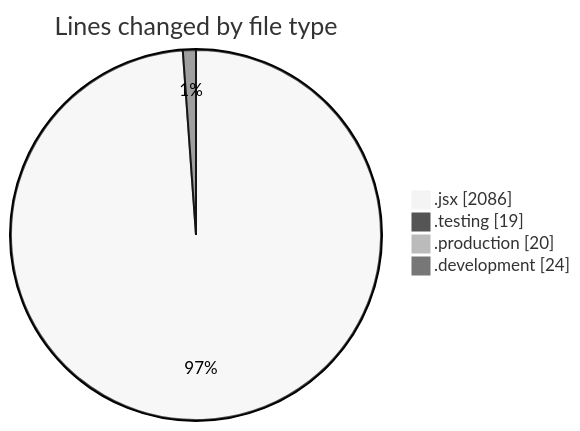
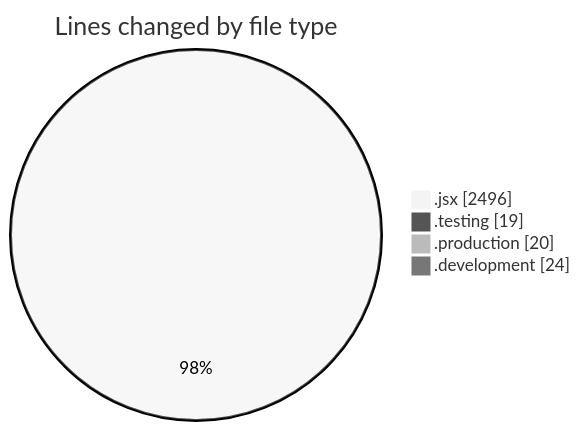
One commit to nxtqubesakshisongat/code-tracking changed the first of 2 diagrams in 2025-06-26/nxtqube_webapp/README.md. Above: the diagram before and after it, drawn with Mermaid (neutral theme). The commit also changed other lines of this file and 1 other file, not shown here.

````diff
--- a/2025-06-26/nxtqube_webapp/README.md
+++ b/2025-06-26/nxtqube_webapp/README.md
@@ -24,8 +25,8 @@
 ```mermaid
 pie showData
 title Lines changed by file type
-".jsx" : 2086
+".jsx" : 2496
 ".testing" : 19
 ".production" : 20
 ".development" : 24
 ```
````
